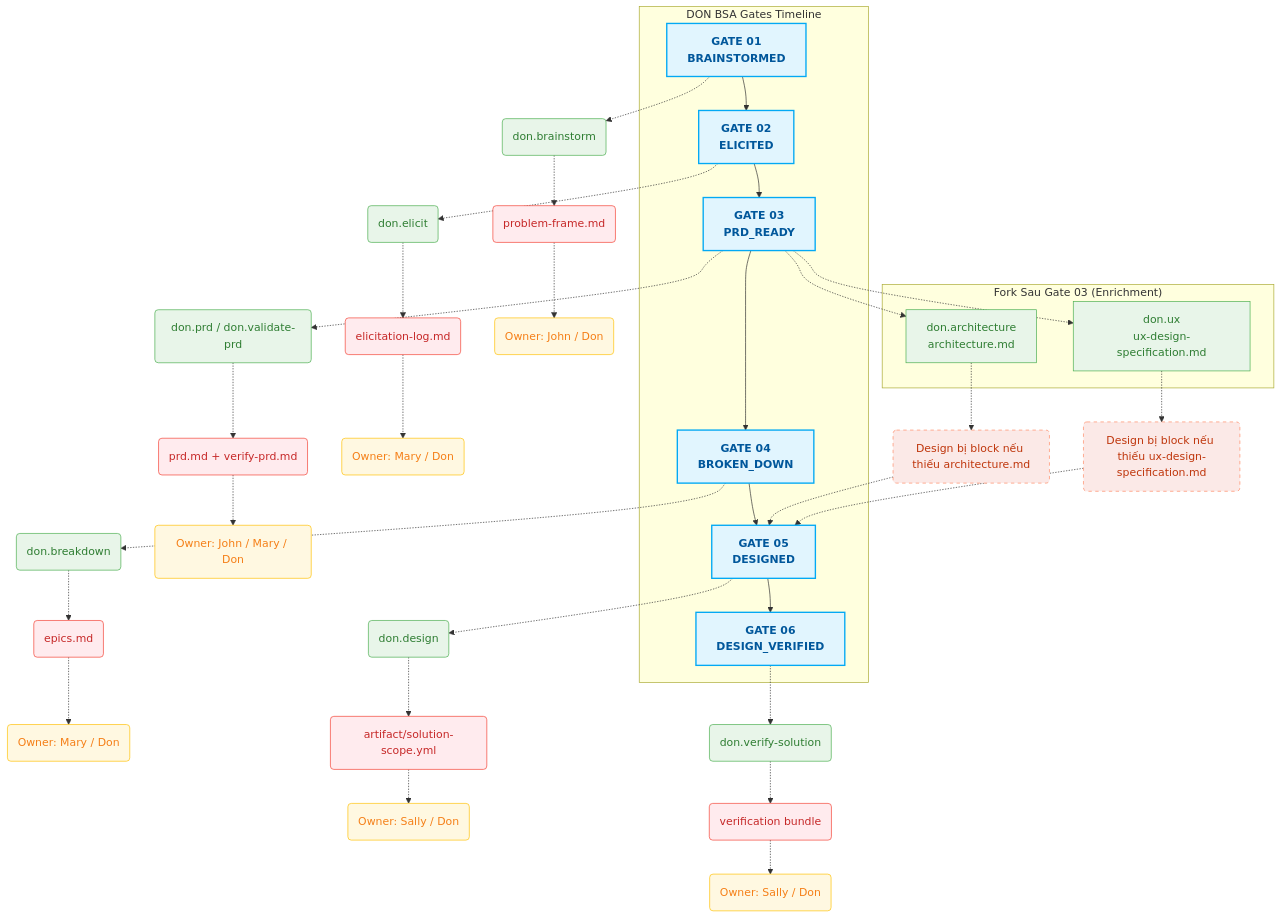
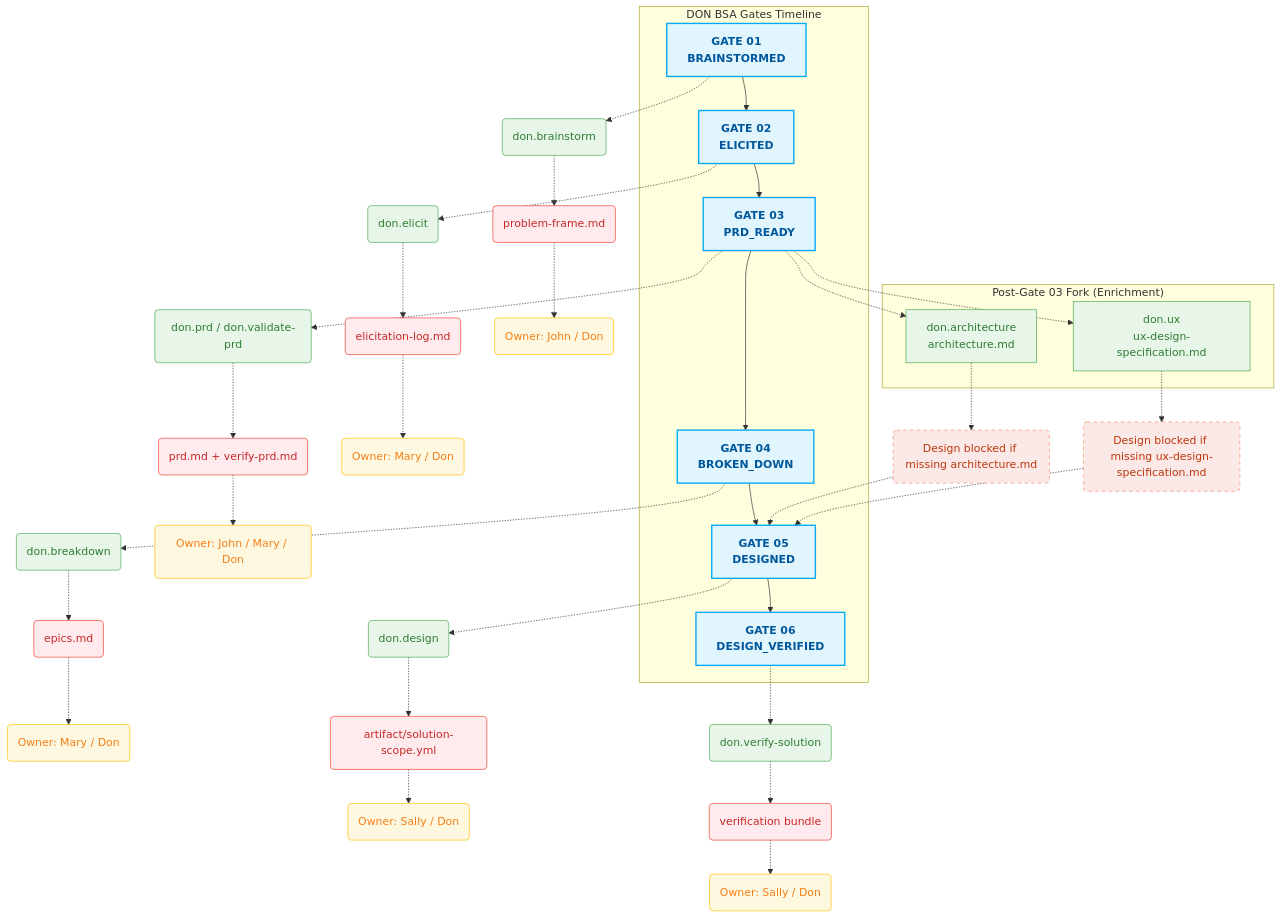
Before and after one commit to cachep-xidau/MCP-server: the diagram in AI_Coworker.md, drawn with Mermaid. The commit also changed 1 other file, not shown here.

Commit message:
docs: use english terms for mermaid graph

````diff
--- a/AI_Coworker.md
+++ b/AI_Coworker.md
@@ -3,74 +3,74 @@
 ```mermaid
 flowchart TD
     classDef gate fill:#e1f5fe,stroke:#03a9f4,stroke-width:2px,color:#01579b,font-weight:bold
     classDef cmd fill:#e8f5e9,stroke:#4caf50,stroke-width:1px,color:#2e7d32
     classDef proof fill:#ffebee,stroke:#f44336,stroke-width:1px,color:#c62828
     classDef owner fill:#fff8e1,stroke:#ffc107,stroke-width:1px,color:#f57f17
     classDef note fill:#fbe9e7,stroke:#ff8a65,stroke-width:1px,stroke-dasharray: 5 5,color:#bf360c
 
     subgraph "DON BSA Gates Timeline"
         G1["GATE 01<br>BRAINSTORMED"]:::gate
         G2["GATE 02<br>ELICITED"]:::gate
         G3["GATE 03<br>PRD_READY"]:::gate
         G4["GATE 04<br>BROKEN_DOWN"]:::gate
         G5["GATE 05<br>DESIGNED"]:::gate
         G6["GATE 06<br>DESIGN_VERIFIED"]:::gate
 
         G1 --> G2
         G2 --> G3
         G3 --> G4
         G4 --> G5
         G5 --> G6
     end
 
     %% G1 Details
     C1("don.brainstorm"):::cmd
     P1("problem-frame.md"):::proof
     O1("Owner: John / Don"):::owner
     G1 -.-> C1 -.-> P1 -.-> O1
 
     %% G2 Details
     C2("don.elicit"):::cmd
     P2("elicitation-log.md"):::proof
     O2("Owner: Mary / Don"):::owner
     G2 -.-> C2 -.-> P2 -.-> O2
 
     %% G3 Details
     C3("don.prd / don.validate-prd"):::cmd
     P3("prd.md + verify-prd.md"):::proof
     O3("Owner: John / Mary / Don"):::owner
     G3 -.-> C3 -.-> P3 -.-> O3
 
     %% FORK POST GATE 03
-    subgraph "Fork Sau Gate 03 (Enrichment)"
+    subgraph "Post-Gate 03 Fork (Enrichment)"
         F_ARCH["don.architecture<br>architecture.md"]:::cmd
         F_UX["don.ux<br>ux-design-specification.md"]:::cmd
     end
     
     G3 -.-> F_ARCH
     G3 -.-> F_UX
     
-    F_NOTE1("Design bị block nếu thiếu architecture.md"):::note
-    F_NOTE2("Design bị block nếu thiếu ux-design-specification.md"):::note
+    F_NOTE1("Design blocked if missing architecture.md"):::note
+    F_NOTE2("Design blocked if missing ux-design-specification.md"):::note
     
     F_ARCH -.-> F_NOTE1 -.-> G5
     F_UX -.-> F_NOTE2 -.-> G5
 
     %% G4 Details
     C4("don.breakdown"):::cmd
     P4("epics.md"):::proof
     O4("Owner: Mary / Don"):::owner
     G4 -.-> C4 -.-> P4 -.-> O4
 
     %% G5 Details
     C5("don.design"):::cmd
     P5("artifact/solution-scope.yml"):::proof
     O5("Owner: Sally / Don"):::owner
     G5 -.-> C5 -.-> P5 -.-> O5
 
     %% G6 Details
     C6("don.verify-solution"):::cmd
     P6("verification bundle"):::proof
     O6("Owner: Sally / Don"):::owner
     G6 -.-> C6 -.-> P6 -.-> O6
 ```
````
